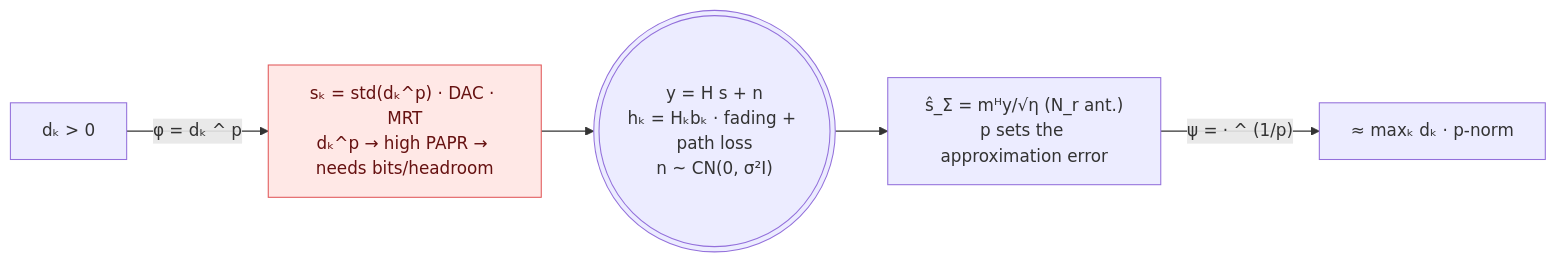
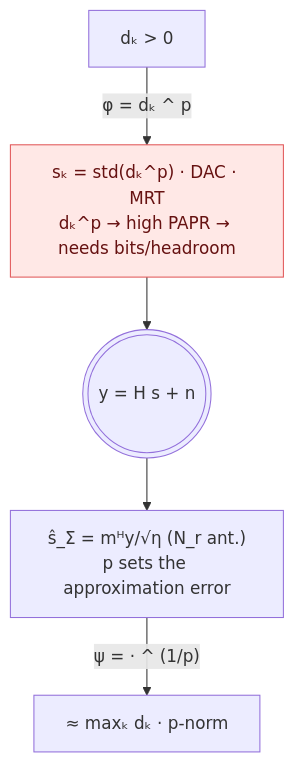
One commit to wincle626/OverAirCompute changed diagram 12 of 13 in README.md. Above: the diagram before and after it, drawn with Mermaid. The commit also changed other lines of this file, not shown here.

````diff
--- a/README.md
+++ b/README.md
@@ -445,9 +445,9 @@
 ```mermaid
-flowchart LR
+flowchart TD
     d["dₖ > 0"] -->|"φ = dₖ ^ p"| tx["sₖ = std(dₖ^p) · DAC · MRT<br/>dₖ^p → high PAPR → needs bits/headroom"]
-    tx --> y((("y = H s + n<br/>hₖ = Hₖbₖ · fading + path loss<br/>n ~ CN(0, σ²I)")))
+    tx --> y((("y = H s + n")))
     y --> rx["ŝ_Σ = mᴴy/√η (N_r ant.)<br/>p sets the approximation error"]
     rx -->|"ψ = · ^ (1/p)"| r["≈ maxₖ dₖ  ·  p-norm"]
     classDef hot fill:#ffe8e6,stroke:#E15759,color:#611;
     class tx hot;
 ```
````
